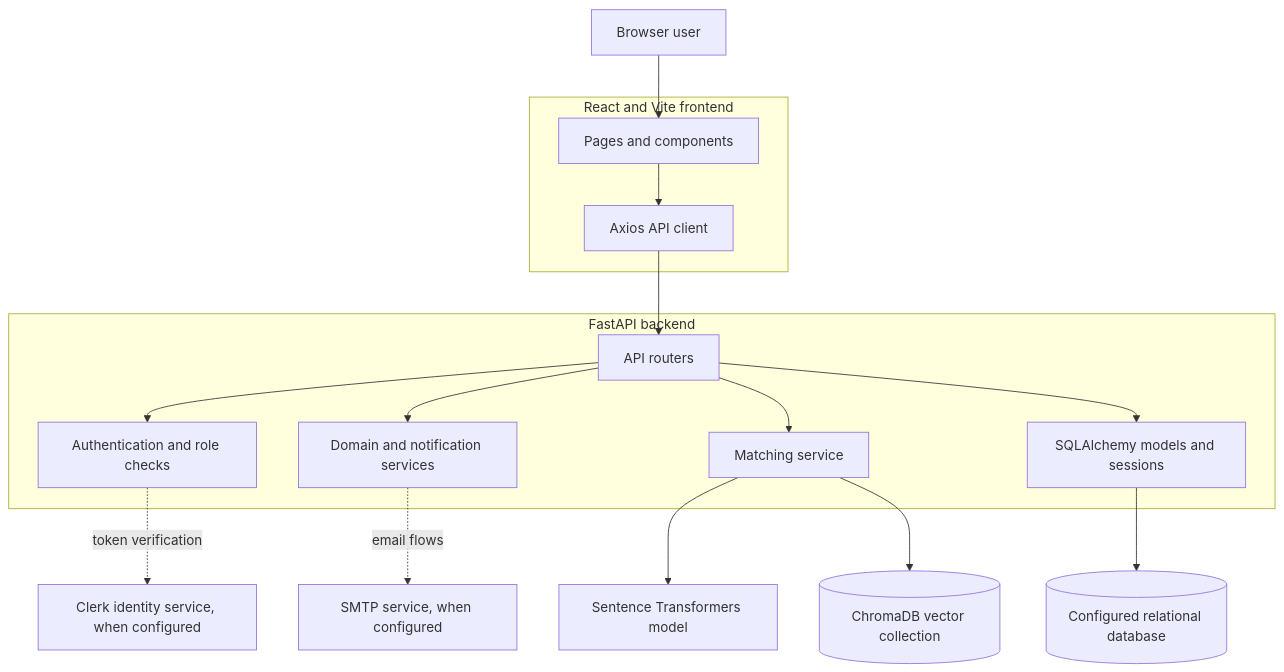
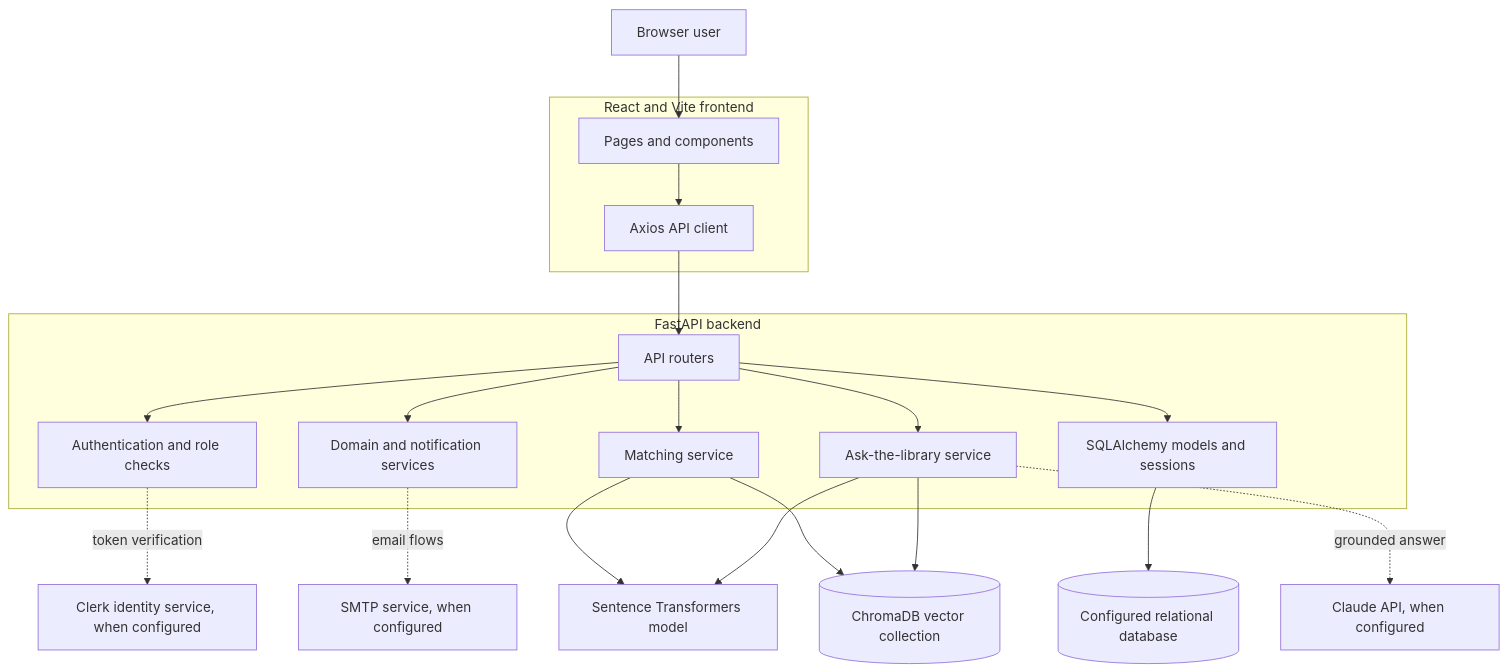
Before and after one commit to Senetwo/AlumniConnect: the third of 4 diagrams in docs/chapters-4-6-draft.md, drawn with Mermaid. The commit also changed other lines of this file and 65 other files, not shown here.

````diff
--- a/docs/chapters-4-6-draft.md
+++ b/docs/chapters-4-6-draft.md
@@ -105,29 +115,35 @@
 ```mermaid
 flowchart TB
   User[Browser user]
   subgraph Client[React and Vite frontend]
     Pages[Pages and components]
     ApiClient[Axios API client]
   end
   subgraph Server[FastAPI backend]
     Routes[API routers]
     Auth[Authentication and role checks]
     Services[Domain and notification services]
     MatchSvc[Matching service]
+    RagSvc[Ask-the-library service]
     ORM[SQLAlchemy models and sessions]
   end
   RelDB[(Configured relational database)]
   Embed[Sentence Transformers model]
+  Claude[Claude API, when configured]
   Chroma[(ChromaDB vector collection)]
   SMTP[SMTP service, when configured]
   Clerk[Clerk identity service, when configured]
   User --> Pages --> ApiClient --> Routes
   Routes --> Auth
   Routes --> Services
   Routes --> MatchSvc
   Routes --> ORM --> RelDB
   MatchSvc --> Embed
   MatchSvc --> Chroma
+  Routes --> RagSvc
+  RagSvc --> Embed
+  RagSvc --> Chroma
+  RagSvc -. grounded answer .-> Claude
   Services -. email flows .-> SMTP
   Auth -. token verification .-> Clerk
 ```
````
